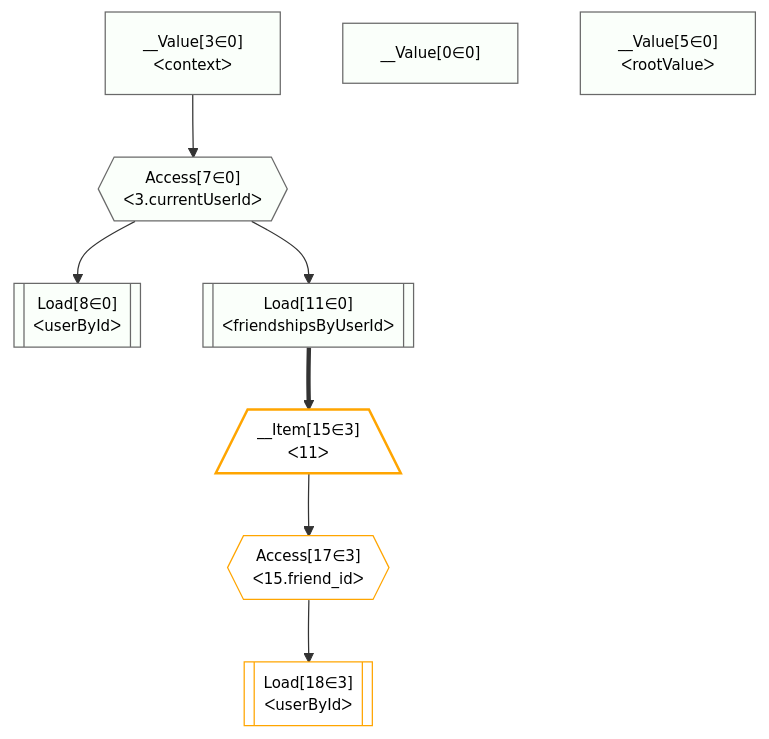
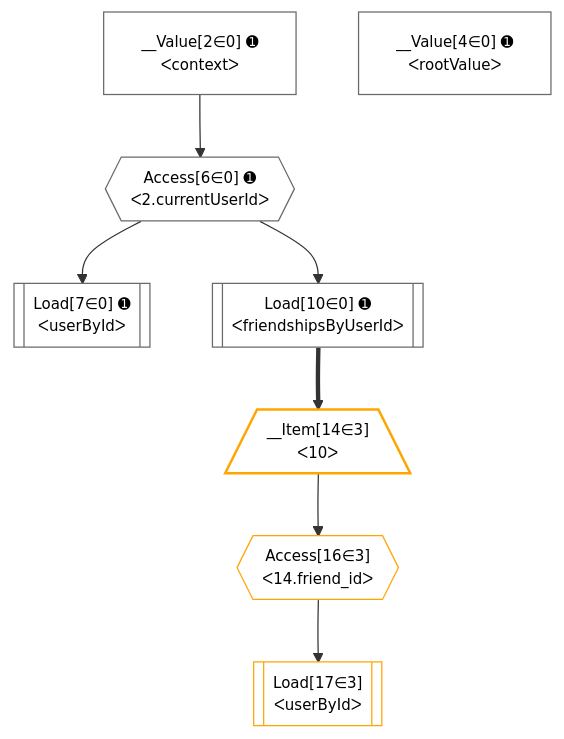
One commit to graphile/crystal changed the diagram in grafast/website/examples/users-and-friends/plan-simplified.mermaid. Above: the diagram before and after it, drawn with Mermaid. The commit also changed 3 other files, not shown here.

Commit message:
Update plan diagram in docs

```diff
--- a/grafast/website/examples/users-and-friends/plan-simplified.mermaid
+++ b/grafast/website/examples/users-and-friends/plan-simplified.mermaid
@@ -1,39 +1,36 @@
 %%{init: {'themeVariables': { 'fontSize': '12px'}}}%%
 flowchart TD
     classDef path fill:#eee,stroke:#000,color:#000
     classDef plan fill:#fff,stroke-width:1px,color:#000
     classDef itemplan fill:#fff,stroke-width:2px,color:#000
     classDef unbatchedplan fill:#dff,stroke-width:1px,color:#000
     classDef sideeffectplan fill:#fcc,stroke-width:2px,color:#000
     classDef bucket fill:#f6f6f6,color:#000,stroke-width:2px,text-align:left
 
 
     %% plan dependencies
-    Access7{{"Access[7∈0]<br />ᐸ3.currentUserIdᐳ"}}:::plan
-    __Value3["__Value[3∈0]<br />ᐸcontextᐳ"]:::plan
-    __Value3 --> Access7
-    Load8[["Load[8∈0]<br />ᐸuserByIdᐳ"]]:::plan
-    Access7 --> Load8
-    Load11[["Load[11∈0]<br />ᐸfriendshipsByUserIdᐳ"]]:::plan
-    Access7 --> Load11
-    __Value0["__Value[0∈0]"]:::plan
-    __Value5["__Value[5∈0]<br />ᐸrootValueᐳ"]:::plan
-    __Item15[/"__Item[15∈3]<br />ᐸ11ᐳ"\]:::itemplan
-    Load11 ==> __Item15
-    Access17{{"Access[17∈3]<br />ᐸ15.friend_idᐳ"}}:::plan
-    __Item15 --> Access17
-    Load18[["Load[18∈3]<br />ᐸuserByIdᐳ"]]:::plan
-    Access17 --> Load18
+    Access6{{"Access[6∈0] ➊<br />ᐸ2.currentUserIdᐳ"}}:::plan
+    __Value2["__Value[2∈0] ➊<br />ᐸcontextᐳ"]:::plan
+    __Value2 --> Access6
+    Load7[["Load[7∈0] ➊<br />ᐸuserByIdᐳ"]]:::plan
+    Access6 --> Load7
+    Load10[["Load[10∈0] ➊<br />ᐸfriendshipsByUserIdᐳ"]]:::plan
+    Access6 --> Load10
+    __Value4["__Value[4∈0] ➊<br />ᐸrootValueᐳ"]:::plan
+    __Item14[/"__Item[14∈3]<br />ᐸ10ᐳ"\]:::itemplan
+    Load10 ==> __Item14
+    Access16{{"Access[16∈3]<br />ᐸ14.friend_idᐳ"}}:::plan
+    __Item14 --> Access16
+    Load17[["Load[17∈3]<br />ᐸuserByIdᐳ"]]:::plan
+    Access16 --> Load17
 
     %% define steps
 
     classDef bucket0 stroke:#696969
-    class Bucket0,__Value0,__Value3,__Value5,Access7,Load8,Load11 bucket0
+    class Bucket0,__Value2,__Value4,Access6,Load7,Load10 bucket0
     classDef bucket1 stroke:#00bfff
     class Bucket1 bucket1
     classDef bucket3 stroke:#ffa500
-    class Bucket3,__Item15,Access17,Load18 bucket3
+    class Bucket3,__Item14,Access16,Load17 bucket3
     classDef bucket4 stroke:#0000ff
     class Bucket4 bucket4
-    classDef unary fill:#fafffa,borderWidth:8px
-    class Access7,Load8,Load11,__Value0,__Value3,__Value5 unary
```
